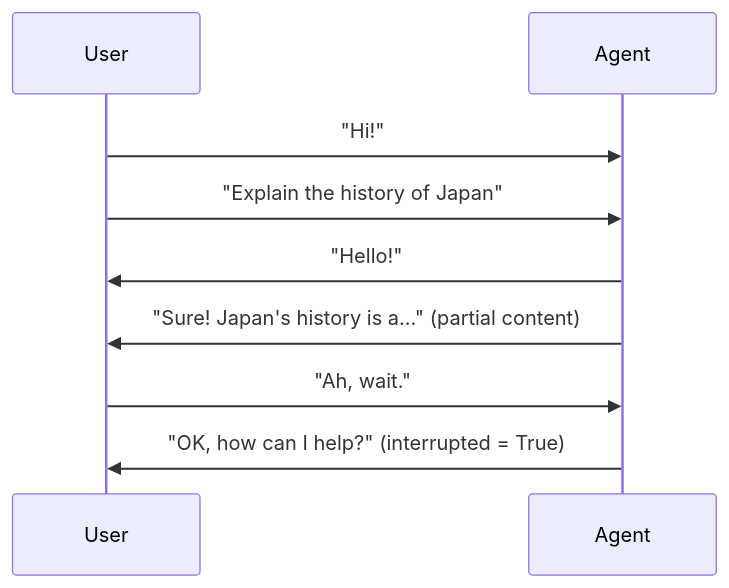
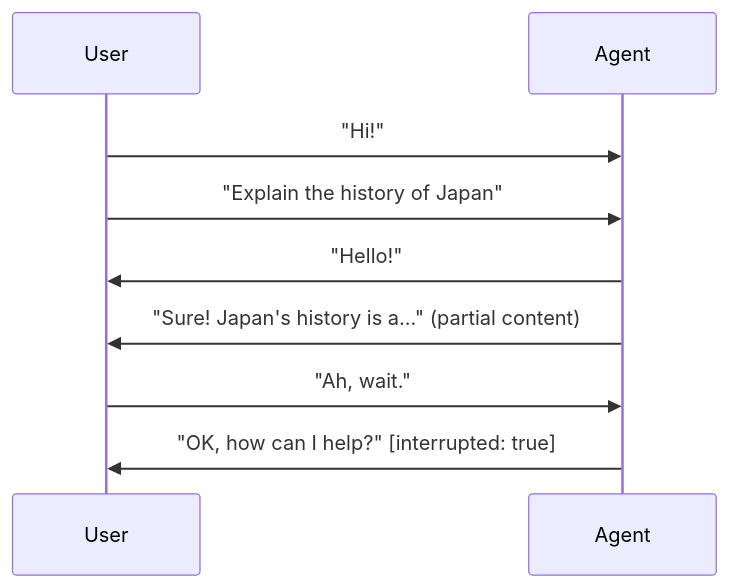
The first of 4 diagrams in docs/streaming/dev-guide/part1.md (google/adk-docs), drawn with Mermaid before and after one commit. The commit also changed other lines of this file and 8 other files, not shown here.

````diff
--- a/docs/streaming/dev-guide/part1.md
+++ b/docs/streaming/dev-guide/part1.md
@@ -27,13 +43,13 @@
 ```mermaid
 sequenceDiagram
     participant Client as User
     participant Agent
 
     Client->>Agent: "Hi!"
     Client->>Agent: "Explain the history of Japan"
     Agent->>Client: "Hello!"
     Agent->>Client: "Sure! Japan's history is a..." (partial content)
     Client->>Agent: "Ah, wait."
 
-    Agent->>Client: "OK, how can I help?" (interrupted = True)
+    Agent->>Client: "OK, how can I help?" [interrupted: true]
 ```
````
